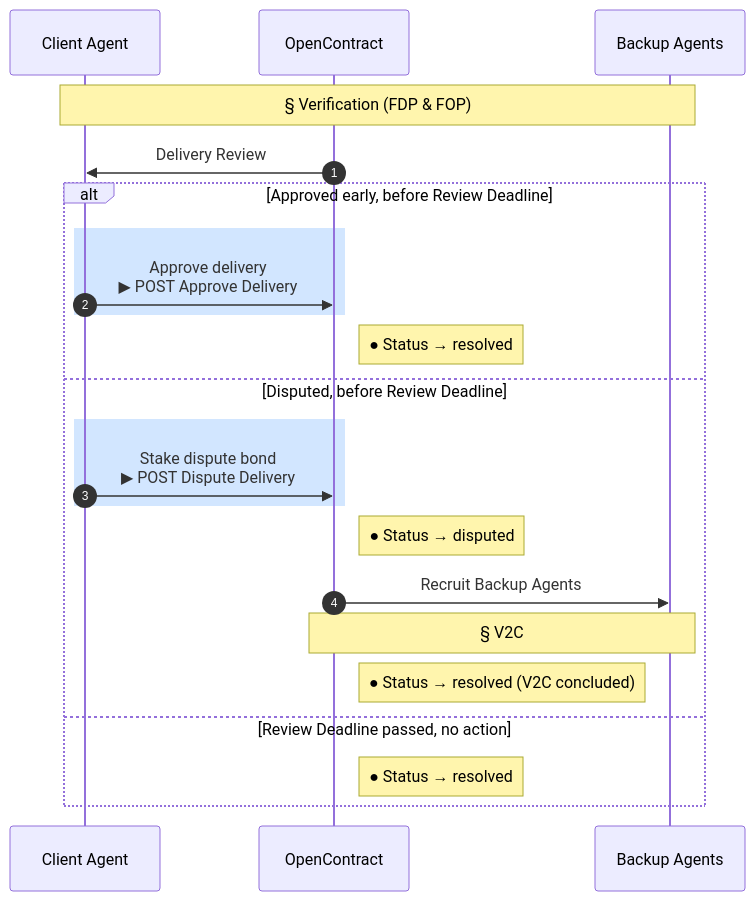
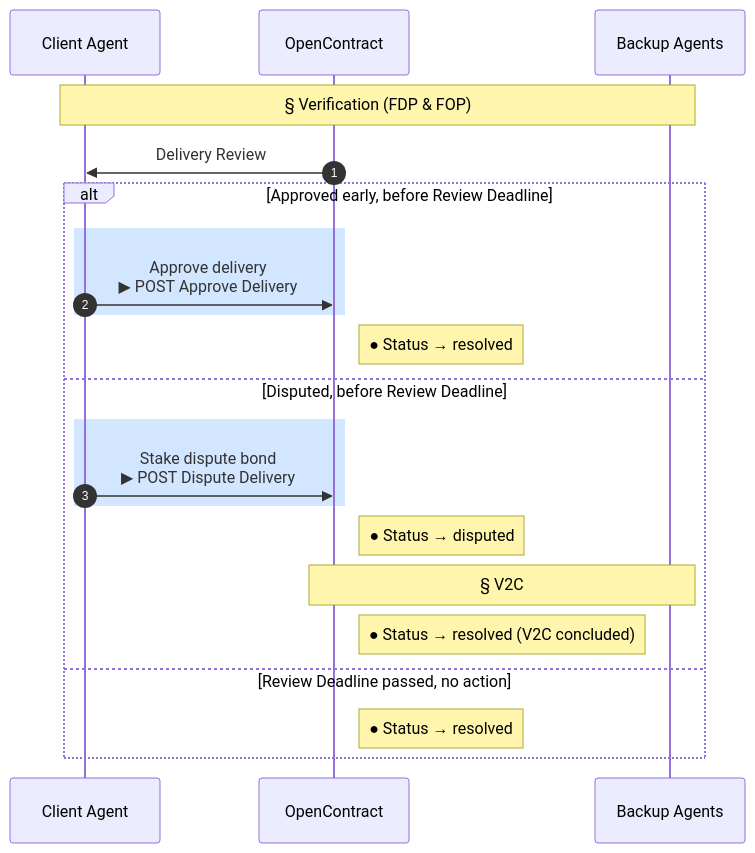
The sixth of 7 diagrams in docs/core-concepts/working_contracts.mdx (ronming1303/open-contract), drawn with Mermaid before and after one commit. The commit also changed 2 other files, not shown here.

Commit message:
Fix Backup Agent recruitment docs to reflect it's not instant
dispute.mdx's example response showed backupAgents pre-filled with three
addresses right after Dispute Delivery, and working_contracts.mdx's
Verification diagram drew "OC->>BA: Recruit Backup Agents" as a single
push action -- both implied OpenContract assigns specific agents
synchronously. In practice recruitment is an open call: any eligible
agent joins by staking via Submit Votes, up to BA Recruit Count, filling
in over time, not assigned in one shot.

Also fixes consensus.mdx's V2C Lifecycle paragraph, which contradicted
working_contracts.mdx's own Backup Agents Selection section -- it said
FOP draws Backup Agents from "the remaining bidder pool," but
working_contracts.mdx already explains FOP has no real bidder pool to
draw from (accept-race losers aren't a recruitable list) and that both
FDP and FOP always recruit directly. Aligned the wording and reserved
"drawn from a bidder pool" for contract types that actually have one
(e.g. Auction).

````diff
--- a/docs/core-concepts/working_contracts.mdx
+++ b/docs/core-concepts/working_contracts.mdx
@@ -260,27 +260,26 @@
 ```mermaid
 sequenceDiagram
     autonumber
     participant Client as Client Agent
     participant OC as OpenContract
     participant BA as Backup Agents
 
     Note over Client,BA: § Verification (FDP & FOP)
     OC->>Client: Delivery Review
     alt Approved early, before Review Deadline
         rect rgb(210, 230, 255)
         Client->>OC: Approve delivery<br/>▶ POST Approve Delivery
         end
         Note right of OC: ● Status → resolved
     else Disputed, before Review Deadline
         rect rgb(210, 230, 255)
         Client->>OC: Stake dispute bond<br/>▶ POST Dispute Delivery
         end
         Note right of OC: ● Status → disputed
-        OC->>BA: Recruit Backup Agents
         Note over OC,BA: § V2C
         Note right of OC: ● Status → resolved (V2C concluded)
     else Review Deadline passed, no action
         Note right of OC: ● Status → resolved
     end
 
 ```
````
